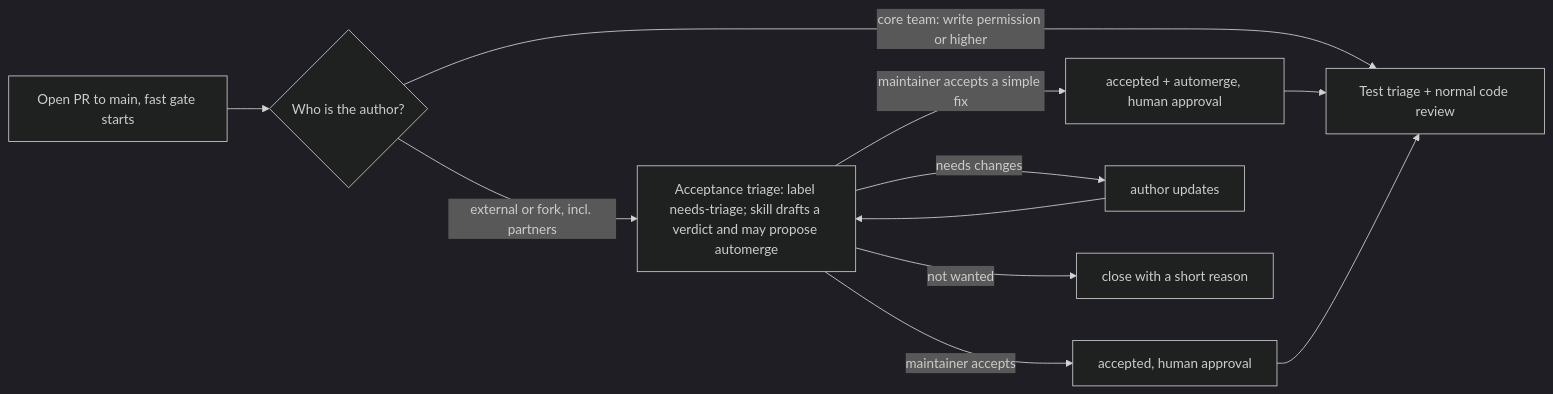
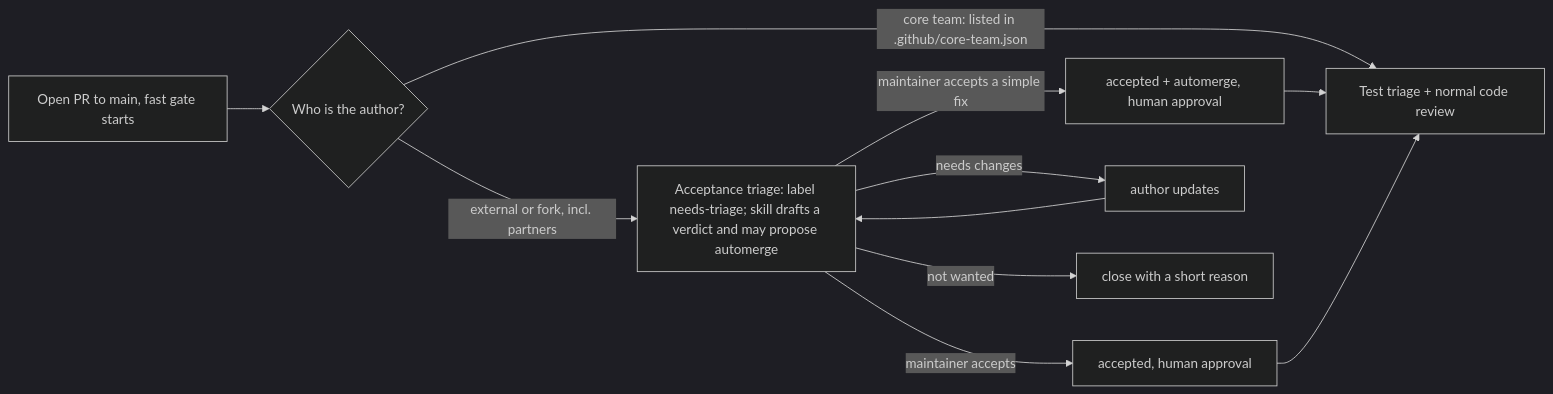
One commit to open-mercato/open-mercato changed the second of 10 diagrams in .ai/specs/2026-11-25-batch-merge-and-green-tag-release-process.md. Above: the diagram before and after it, drawn with Mermaid (dark theme). The commit also changed other lines of this file and 2 other files, not shown here.

First line of the commit message:
docs(process): define the core team in .github/core-team.json

````diff
--- a/.ai/specs/2026-11-25-batch-merge-and-green-tag-release-process.md
+++ b/.ai/specs/2026-11-25-batch-merge-and-green-tag-release-process.md
@@ -124,13 +124,13 @@
 ```mermaid
 flowchart LR
   O["Open PR to main, fast gate starts"] --> A{"Who is the author?"}
-  A -->|"core team: write permission or higher"| T["Test triage + normal code review"]
+  A -->|"core team: listed in .github/core-team.json"| T["Test triage + normal code review"]
   A -->|"external or fork, incl. partners"| X["Acceptance triage: label needs-triage; skill drafts a verdict and may propose automerge"]
   X -->|"maintainer accepts a simple fix"| AM["accepted + automerge, human approval"]
   X -->|"maintainer accepts"| AC["accepted, human approval"]
   X -->|"needs changes"| NC["author updates"]
   X -->|"not wanted"| D["close with a short reason"]
   AM --> T
   AC --> T
   NC --> X
 ```
````
